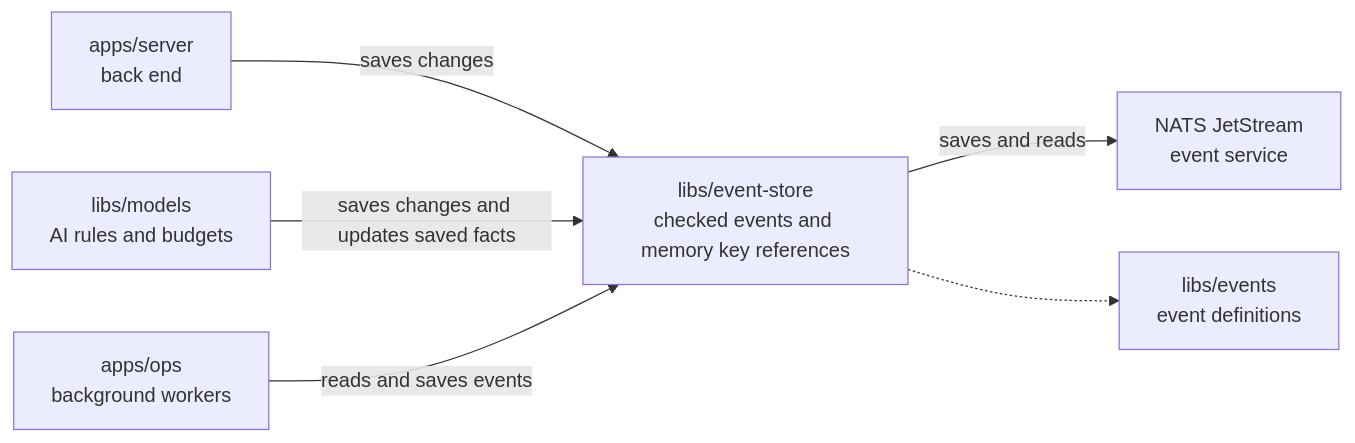
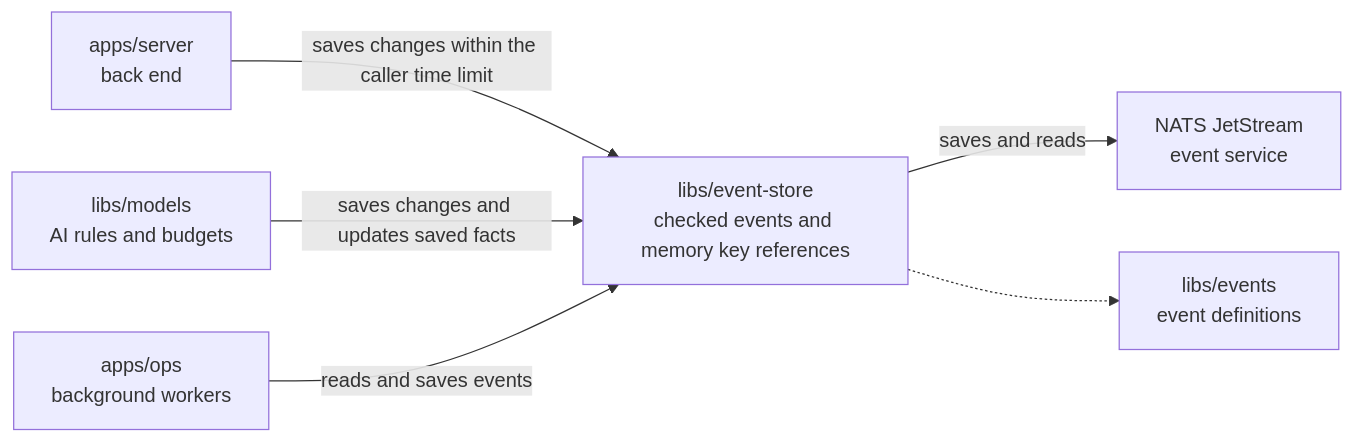
One commit to elewa-git/opencrane-new changed the diagram in libs/event-store/README.md. Above: the diagram before and after it, drawn with Mermaid. The commit also changed other lines of this file and 25 other files, not shown here.

````diff
--- a/libs/event-store/README.md
+++ b/libs/event-store/README.md
@@ -22,8 +22,8 @@
 ```mermaid
 flowchart LR
-  server["apps/server<br/>back end"] -->|saves changes| store["libs/event-store<br/>checked events and memory key references"]
+  server["apps/server<br/>back end"] -->|saves changes within the caller time limit| store["libs/event-store<br/>checked events and memory key references"]
   models["libs/models<br/>AI rules and budgets"] -->|saves changes and updates saved facts| store
   ops["apps/ops<br/>background workers"] -->|reads and saves events| store
   store -->|saves and reads| nats["NATS JetStream<br/>event service"]
   store -.-> events["libs/events<br/>event definitions"]
 ```
````
